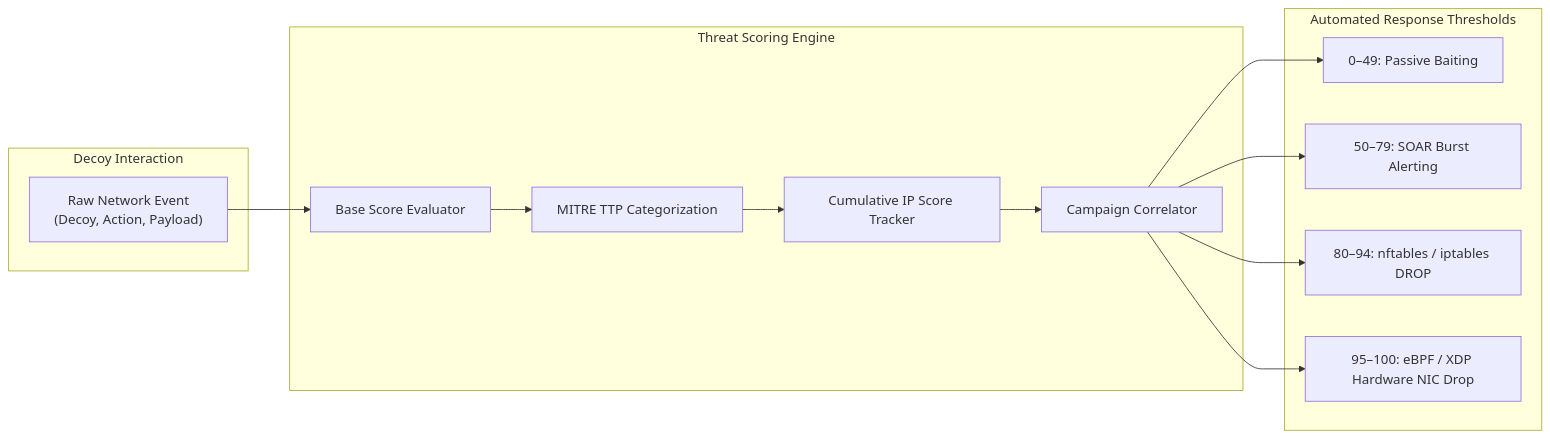
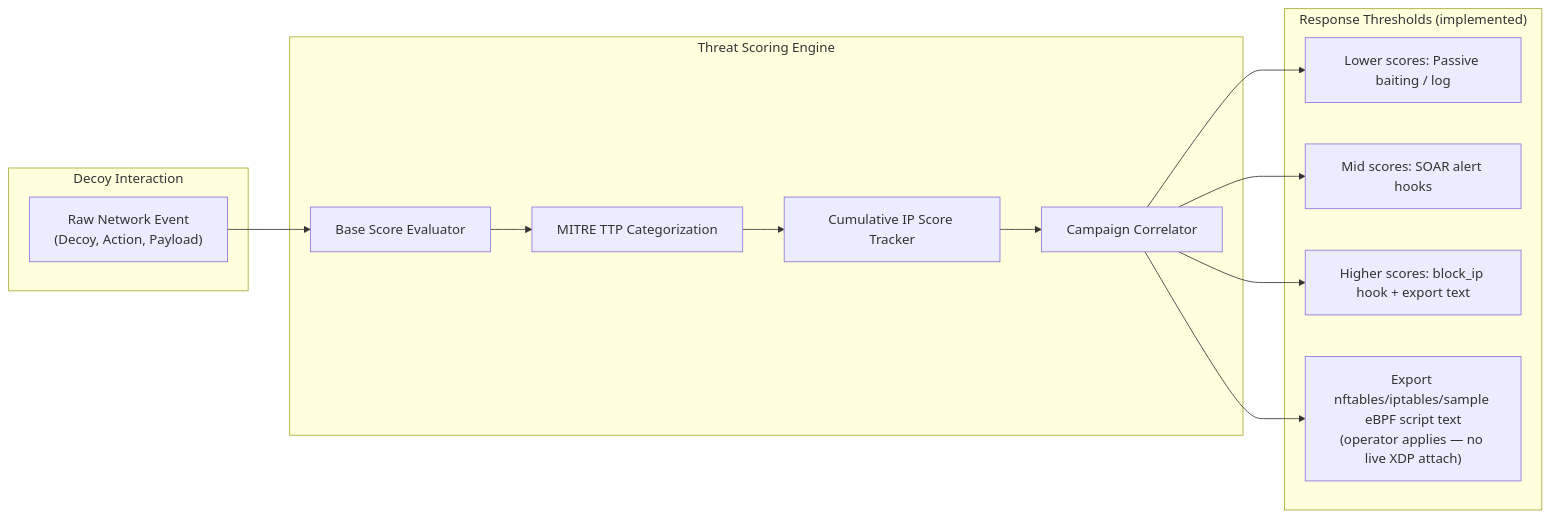
The first of 3 diagrams in docs/architecture/threat-scoring.md (Haiagari/shinkiro), drawn with Mermaid before and after one commit. The commit also changed other lines of this file and 8 other files, not shown here.

````diff
--- a/docs/architecture/threat-scoring.md
+++ b/docs/architecture/threat-scoring.md
@@ -20,30 +19,30 @@
 ```mermaid
 graph LR
     subgraph Ingress ["Decoy Interaction"]
         Ev["Raw Network Event<br/>(Decoy, Action, Payload)"]
     end
 
     subgraph Evaluation ["Threat Scoring Engine"]
         Base["Base Score Evaluator"]
         Mitre["MITRE TTP Categorization"]
         Rep["Cumulative IP Score Tracker"]
         Corr["Campaign Correlator"]
         
         Ev --> Base
         Base --> Mitre
         Mitre --> Rep
         Rep --> Corr
     end
 
-    subgraph Actions ["Automated Response Thresholds"]
-        Pass["0–49: Passive Baiting"]
-        Review["50–79: SOAR Burst Alerting"]
-        Block["80–94: nftables / iptables DROP"]
-        XDP["95–100: eBPF / XDP Hardware NIC Drop"]
+    subgraph Actions ["Response Thresholds (implemented)"]
+        Pass["Lower scores: Passive baiting / log"]
+        Review["Mid scores: SOAR alert hooks"]
+        Block["Higher scores: block_ip hook + export text"]
+        Export["Export nftables/iptables/sample eBPF script text<br/>(operator applies — no live XDP attach)"]
     end
 
     Corr --> Pass
     Corr --> Review
     Corr --> Block
-    Corr --> XDP
+    Corr --> Export
 ```
````
